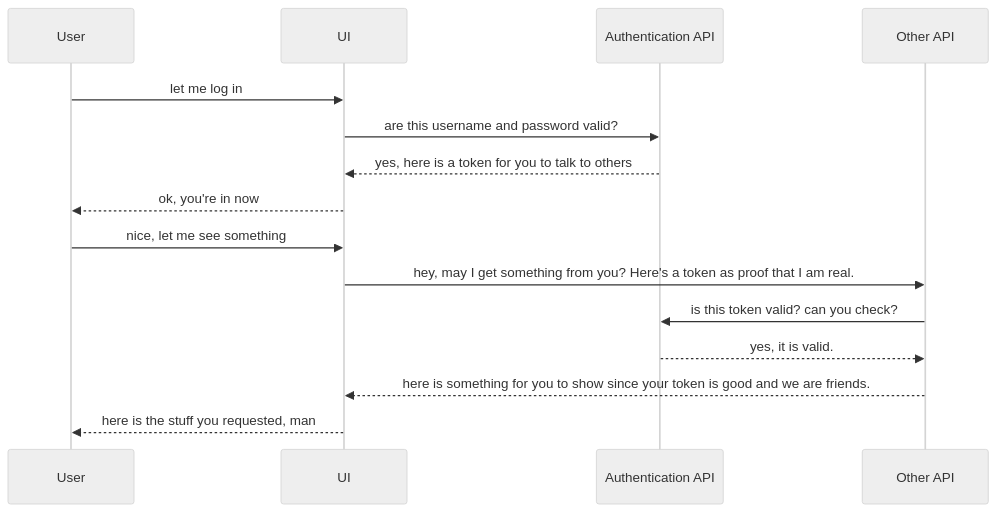
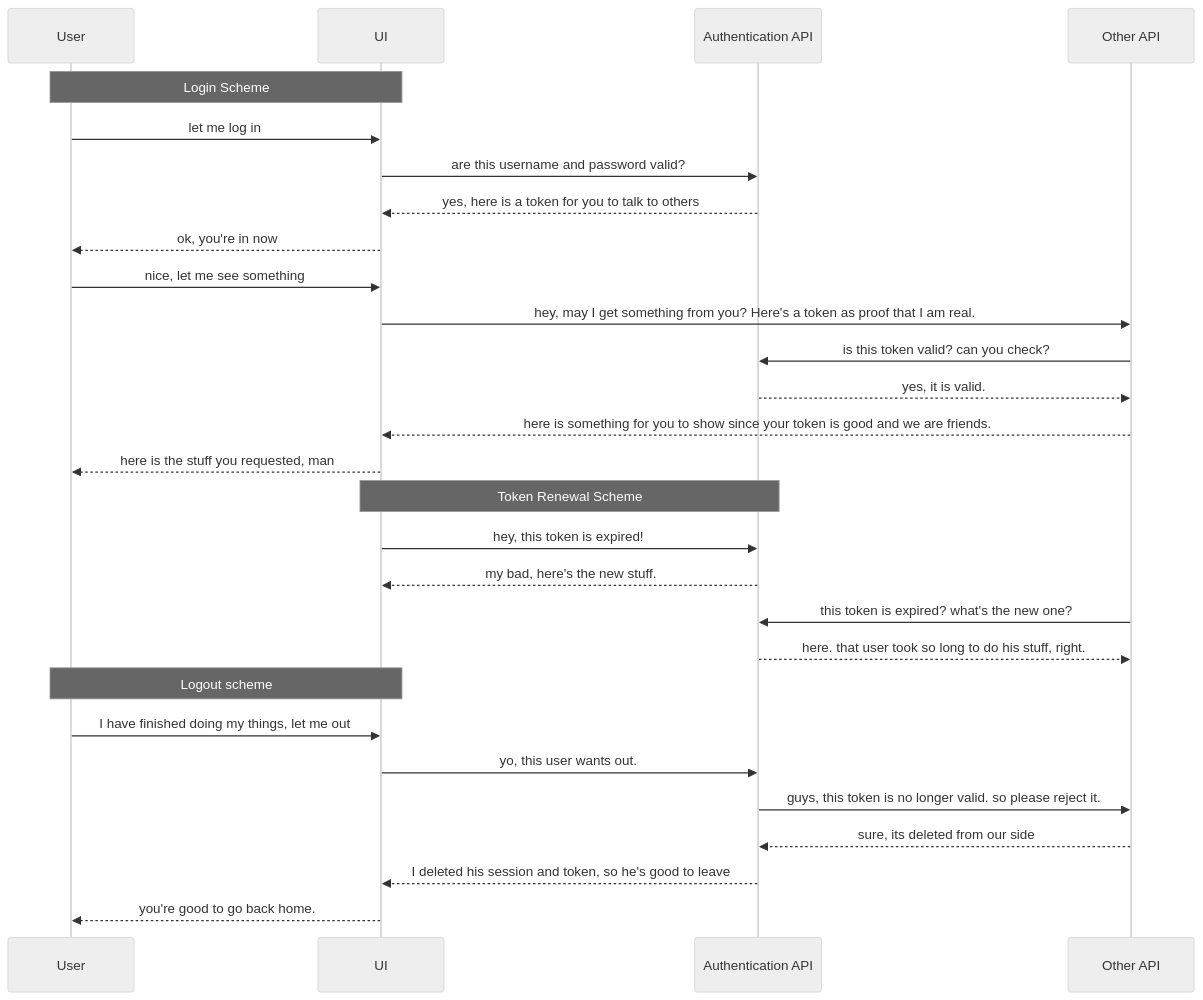
Before and after one commit to yedijas/JWTAuthentication: the diagram in README.md, drawn with Mermaid (neutral theme). The commit also changed other lines of this file and 5 other files, not shown here.

````diff
--- a/README.md
+++ b/README.md
@@ -9,13 +11,33 @@
 ```mermaid
 sequenceDiagram
-User ->> UI: let me log in
-UI ->> Authentication API: are this username and password valid?
-Authentication API -->> UI : yes, here is a token for you to talk to others
-UI -->> User: ok, you're in now
-User ->> UI: nice, let me see something
-UI ->> Other API: hey, may I get something from you? Here's a token as proof that I am real.
-Other API ->> Authentication API : is this token valid? can you check?
-Authentication API -->> Other API: yes, it is valid.
-Other API -->> UI: here is something for you to show since your token is good and we are friends.
-UI -->> User: here is the stuff you requested, man
+participant A as User
+participant B as UI
+participant C as Authentication API
+participant D as Other API
+
+Note over A,B: Login Scheme
+A ->> B:  let me log in
+B ->> C:  are this username and password valid?
+C -->> B: yes, here is a token for you to talk to others
+B -->> A: ok, you're in now
+A ->> B:  nice, let me see something
+B ->> D:  hey, may I get something from you? Here's a token as proof that I am real.
+D ->> C : is this token valid? can you check?
+C -->> D: yes, it is valid.
+D -->> B: here is something for you to show since your token is good and we are friends.
+B -->> A: here is the stuff you requested, man
+
+Note over B,C: Token Renewal Scheme
+B ->> C:  hey, this token is expired!
+C -->> B: my bad, here's the new stuff.
+D ->> C:  this token is expired? what's the new one?
+C -->> D: here. that user took so long to do his stuff, right.
+
+Note over A,B: Logout scheme
+A ->> B:  I have finished doing my things, let me out
+B ->> C:  yo, this user wants out.
+C ->> D:  guys, this token is no longer valid. so please reject it.
+D -->> C: sure, its deleted from our side
+C -->> B: I deleted his session and token, so he's good to leave
+B -->> A: you're good to go back home.
 ```
````
